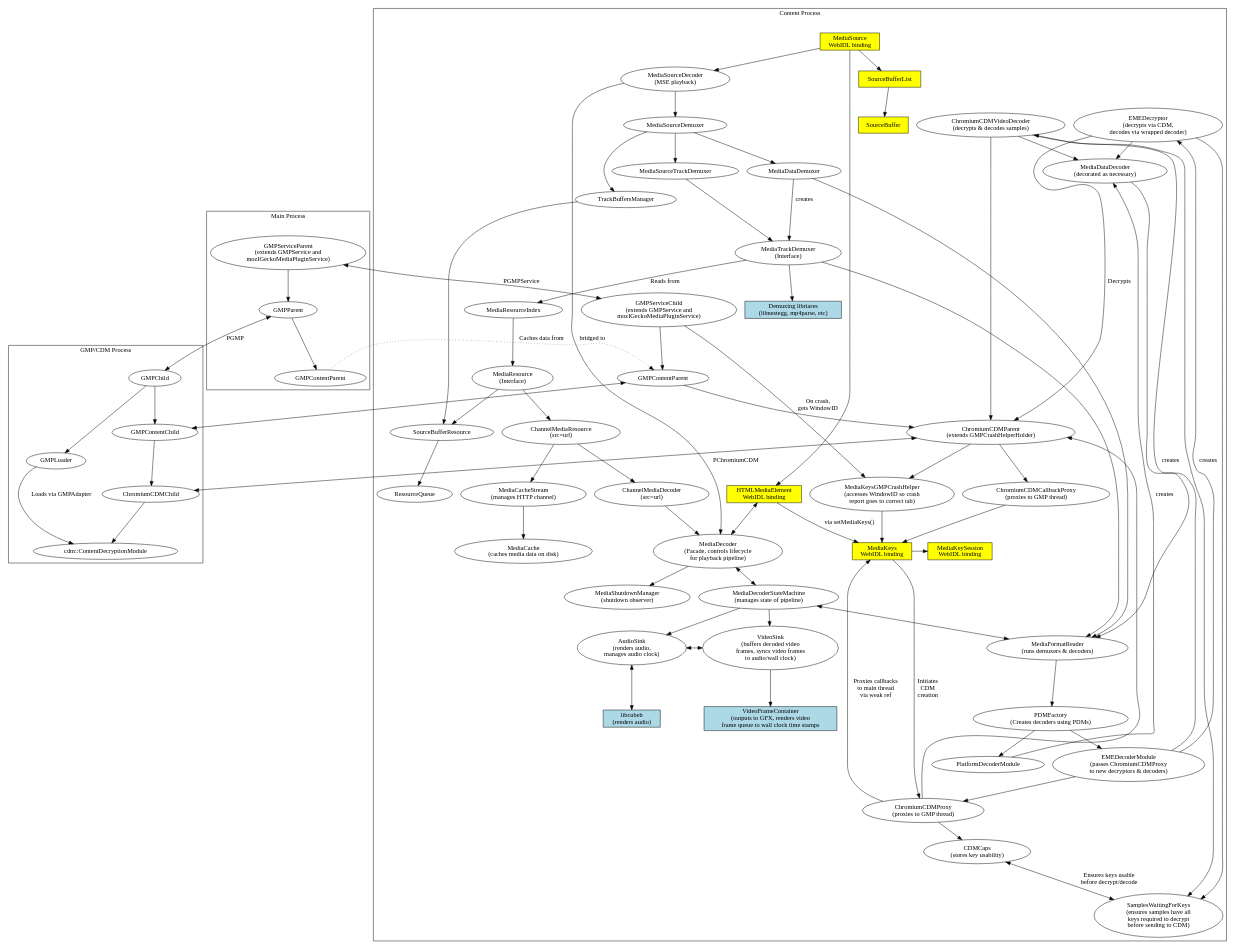
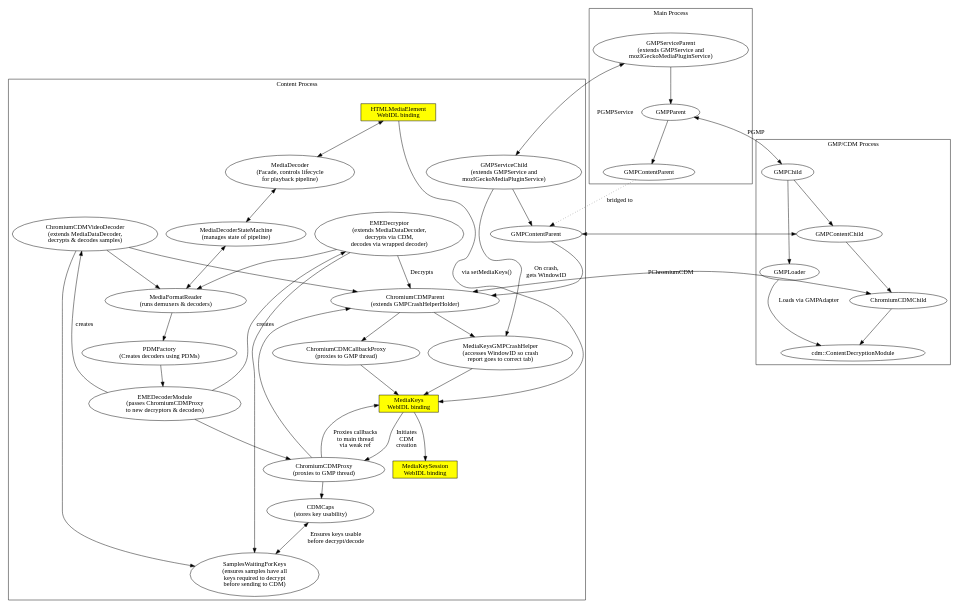
Before and after one commit to cpearce/gecko-media-plugins-architecture: the diagram in gmp.dot, drawn with Graphviz.

Commit message:
Remove stuff not relevant to GMP

```diff
--- a/gmp.dot
+++ b/gmp.dot
@@ -1,153 +1,91 @@
 digraph {
     subgraph cluster_main_process {
         label = "Main Process";
         GMPServiceParent -> GMPParent
         GMPParent -> main_GMPContentParent
 
         main_GMPContentParent [label="GMPContentParent"]
         GMPServiceParent [label="GMPServiceParent\n(extends GMPService and\nmozIGeckoMediaPluginService)"]
     }
 
     main_GMPContentParent -> content_GMPContentParent [style=dotted, label="bridged to"]
 
     subgraph cluster_gmp_process {
         label = "GMP/CDM Process"
         GMPChild -> GMPLoader
         GMPLoader -> cdm [label="Loads via GMPAdapter"]
 
         cdm [label="cdm::ContentDecryptionModule"]
         GMPChild -> GMPContentChild
         GMPContentChild -> ChromiumCDMChild
         ChromiumCDMChild -> cdm
     }
 
     subgraph cluster_content_process {
         label = "Content Process"
 
         content_GMPContentParent [label="GMPContentParent"]
         ChromiumCDMProxy [label="ChromiumCDMProxy\n(proxies to GMP thread)"]
         ChromiumCDMCallbackProxy [label="ChromiumCDMCallbackProxy\n(proxies to GMP thread)"]
         CDMCaps [label="CDMCaps\n(stores key usability)"]
-        MediaDataDecoder [label="MediaDataDecoder\n(decorated as necessary)"]
         SamplesWaitingForKeys [label="SamplesWaitingForKeys\n(ensures samples have all\nkeys required to decrypt\nbefore sending to CDM)"]
-        ChromiumCDMVideoDecoder [label="ChromiumCDMVideoDecoder\n(decrypts & decodes samples)"]
-        EMEDecryptor [label="EMEDecryptor\n(decrypts via CDM,\ndecodes via wrapped decoder)"]
+        ChromiumCDMVideoDecoder [label="ChromiumCDMVideoDecoder\n(extends MediaDataDecoder,\ndecrypts & decodes samples)"]
+        EMEDecryptor [label="EMEDecryptor\n(extends MediaDataDecoder,\ndecrypts via CDM,\ndecodes via wrapped decoder)"]
         MediaKeys [label="MediaKeys\nWebIDL binding", shape=box, style=filled, fillcolor=yellow]
         MediaKeySession [label="MediaKeySession\nWebIDL binding", shape=box, style=filled, fillcolor=yellow]
         HTMLMediaElement [label="HTMLMediaElement\nWebIDL binding", shape=box, style=filled, fillcolor=yellow]
         MediaKeysGMPCrashHelper [label="MediaKeysGMPCrashHelper\n(accesses WindowID so crash\nreport goes to correct tab)"]
         ChromiumCDMParent [label="ChromiumCDMParent\n(extends GMPCrashHelperHolder)"]
         GMPServiceChild [label="GMPServiceChild\n(extends GMPService and\nmozIGeckoMediaPluginService)"]
         EMEDecoderModule [label="EMEDecoderModule\n(passes ChromiumCDMProxy\nto new decryptors & decoders)"]
-        libcubeb [label="libcubeb\n(renders audio)", shape=box, style=filled, fillcolor=lightblue]
-        MediaShutdownManager [label="MediaShutdownManager\n(shutdown observer)"]
         MediaDecoder [label="MediaDecoder\n(Facade, controls lifecycle\nfor playback pipeline)"]
         PDMFactory [label="PDMFactory\n(Creates decoders using PDMs)"]
-        AudioSink [label="AudioSink\n(renders audio,\nmanages audio clock)"]
-        VideoSink [label="VideoSink\n(buffers decoded video\nframes, syncs video frames\n to audio/wall clock)"]
         MediaDecoderStateMachine [label="MediaDecoderStateMachine\n(manages state of pipeline)"]
-        VideoFrameContainer [label="VideoFrameContainer\n(outputs to GFX, renders video\nframe queue to wall clock time stamps", shape=box, style=filled, fillcolor=lightblue]
         MediaFormatReader [label="MediaFormatReader\n(runs demuxers & decoders)"]
-        demuxer_lib [label="Demuxing libriares\n(libnestegg, mp4parse, etc)", shape=box, style=filled, fillcolor=lightblue]
-        ChannelMediaDecoder [label="ChannelMediaDecoder\n(src=url)"]
-        MediaSourceDecoder [label="MediaSourceDecoder\n(MSE playback)"]
-        SourceBufferList [label="SourceBufferList", shape=box, style=filled, fillcolor=yellow]
-        SourceBuffer [label="SourceBuffer", shape=box, style=filled, fillcolor=yellow]
-        ChannelMediaResource [label="ChannelMediaResource\n(src=url)"]
-        MediaCacheStream [label="MediaCacheStream\n(manages HTTP channel)"]
-        MediaCache [label="MediaCache\n(caches media data on disk)"]
-        MediaResource [label="MediaResource\n(Interface)"]
-        MediaTrackDemuxer [label="MediaTrackDemuxer\n(Interface)"]
-
-        MediaSource [label="MediaSource\nWebIDL binding", shape=box, style=filled, fillcolor=yellow]
-
-        MediaSource -> MediaSourceDecoder
-        MediaSource -> HTMLMediaElement
-        MediaSource -> SourceBufferList
-        SourceBufferList -> SourceBuffer
-        MediaSourceDecoder -> MediaSourceDemuxer
-        MediaSourceDemuxer -> MediaDataDemuxer
-        MediaSourceDemuxer -> TrackBuffersManager
-
-        MediaSourceDemuxer -> MediaSourceTrackDemuxer
-        MediaSourceTrackDemuxer -> MediaTrackDemuxer
-
 
         GMPServiceChild -> content_GMPContentParent
         content_GMPContentParent -> ChromiumCDMParent
         ChromiumCDMParent -> ChromiumCDMCallbackProxy
         ChromiumCDMCallbackProxy -> MediaKeys
         ChromiumCDMProxy -> MediaKeys [label="Proxies callbacks\nto main thread\nvia weak ref"]
         ChromiumCDMProxy -> ChromiumCDMParent
         ChromiumCDMProxy -> CDMCaps
         ChromiumCDMVideoDecoder -> ChromiumCDMParent
         EMEDecryptor -> ChromiumCDMParent [label="Decrypts"]
-        EMEDecryptor -> MediaDataDecoder
+        EMEDecryptor -> MediaFormatReader
         ChromiumCDMVideoDecoder -> SamplesWaitingForKeys
-        ChromiumCDMVideoDecoder -> MediaDataDecoder
+        ChromiumCDMVideoDecoder -> MediaFormatReader
         EMEDecryptor -> SamplesWaitingForKeys
         {rank=same EMEDecryptor ChromiumCDMVideoDecoder}
 
-        MediaDataDecoder -> MediaFormatReader
-        MediaDataDemuxer -> MediaFormatReader
-        MediaDataDemuxer -> MediaTrackDemuxer [label="creates"]
-        MediaTrackDemuxer -> MediaFormatReader
-        MediaTrackDemuxer -> demuxer_lib
-        {rank=same MediaDataDemuxer MediaDataDecoder}
+        // MediaDataDemuxer -> MediaFormatReader
+        // {rank=same MediaDataDemuxer MediaDataDecoder}
 
         MediaKeys -> MediaKeySession
         MediaKeys -> ChromiumCDMProxy [label="Initiates\nCDM\ncreation"]
         MediaKeysGMPCrashHelper -> MediaKeys
         ChromiumCDMParent -> MediaKeysGMPCrashHelper
         GMPServiceChild -> MediaKeysGMPCrashHelper [label="On crash,\ngets WindowID"]
         HTMLMediaElement -> MediaKeys [label="via setMediaKeys()"]
 
         EMEDecoderModule -> EMEDecryptor [label="creates"]
         EMEDecoderModule -> ChromiumCDMVideoDecoder [label="creates"]
         EMEDecoderModule -> ChromiumCDMProxy
 
-        PlatformDecoderModule -> MediaDataDecoder [label="creates"]
-
-        MediaTrackDemuxer -> MediaResourceIndex [label="Reads from"]
-        MediaResourceIndex -> MediaResource [label="Caches data from"]
-        MediaResource -> ChannelMediaResource
-        MediaResource -> SourceBufferResource
-        ChannelMediaResource -> MediaCacheStream
-        MediaCacheStream -> MediaCache
-
-        ChannelMediaResource -> ChannelMediaDecoder
-
-        ChannelMediaDecoder -> MediaDecoder
-        MediaSourceDecoder -> MediaDecoder
-
-        SourceBufferResource -> ResourceQueue
-
-        TrackBuffersManager -> SourceBufferResource
-
-        MediaDecoder -> MediaShutdownManager
         MediaFormatReader -> PDMFactory
-        PDMFactory -> PlatformDecoderModule
         PDMFactory -> EMEDecoderModule
-        VideoSink -> VideoFrameContainer
-        MediaDecoderStateMachine -> VideoSink
-        MediaDecoderStateMachine -> AudioSink
 
         edge[dir=both]
         CDMCaps -> SamplesWaitingForKeys [label="Ensures keys usable\nbefore decrypt/decode"]
         HTMLMediaElement -> MediaDecoder
         MediaDecoder -> MediaDecoderStateMachine
         MediaDecoderStateMachine -> MediaFormatReader
-        AudioSink -> libcubeb
-        AudioSink -> VideoSink
-
-        {rank=same MediaKeys MediaKeySession}
-        {rank=same VideoSink AudioSink}
     }
 
     edge[dir=both]
     GMPParent -> GMPChild [label=PGMP]
     GMPServiceChild -> GMPServiceParent [label="PGMPService"]
     ChromiumCDMParent -> ChromiumCDMChild [label="PChromiumCDM"]
     GMPContentChild -> content_GMPContentParent
 
 }
```
